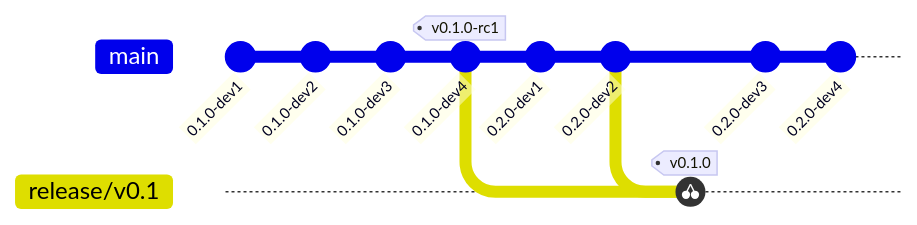
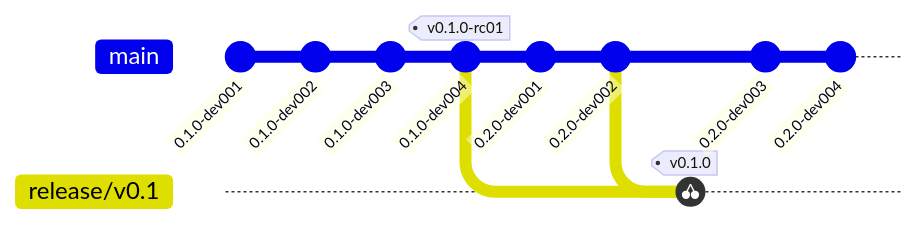
One commit to tomtom-international/commisery-action changed diagram 12 of 14 in docs/sdk-versioning.md. Above: the diagram before and after it, drawn with Mermaid. The commit also changed other lines of this file, not shown here.

````diff
--- a/docs/sdk-versioning.md
+++ b/docs/sdk-versioning.md
@@ -500,16 +500,16 @@
 ```mermaid
 gitGraph
-  commit id: "0.1.0-dev1"
-  commit id: "0.1.0-dev2"
-  commit id: "0.1.0-dev3"
-  commit id: "0.1.0-dev4" tag: "v0.1.0-rc1"
+  commit id: "0.1.0-dev001"
+  commit id: "0.1.0-dev002"
+  commit id: "0.1.0-dev003"
+  commit id: "0.1.0-dev004" tag: "v0.1.0-rc01"
   branch release/v0.1
   checkout main
-  commit id: "0.2.0-dev1"
-  commit id: "0.2.0-dev2"
+  commit id: "0.2.0-dev001"
+  commit id: "0.2.0-dev002"
   checkout release/v0.1
-  cherry-pick id: "0.2.0-dev2" tag: "v0.1.0"
+  cherry-pick id: "0.2.0-dev002" tag: "v0.1.0"
   checkout main
-  commit id: "0.2.0-dev3"
-  commit id: "0.2.0-dev4"
+  commit id: "0.2.0-dev003"
+  commit id: "0.2.0-dev004"
 ```
````
